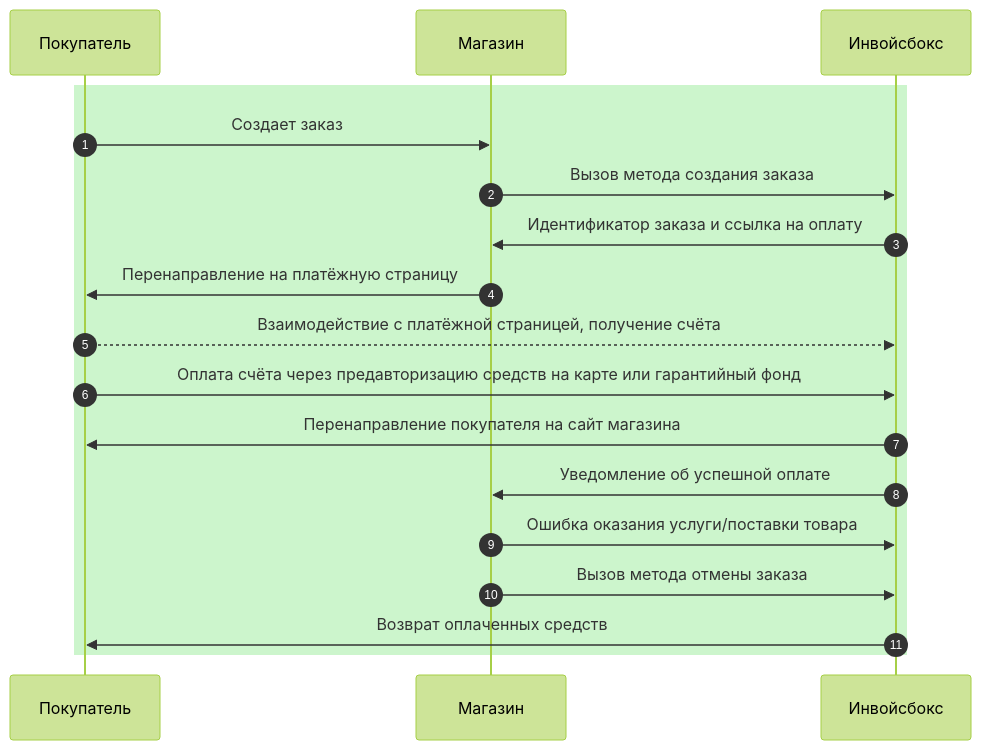
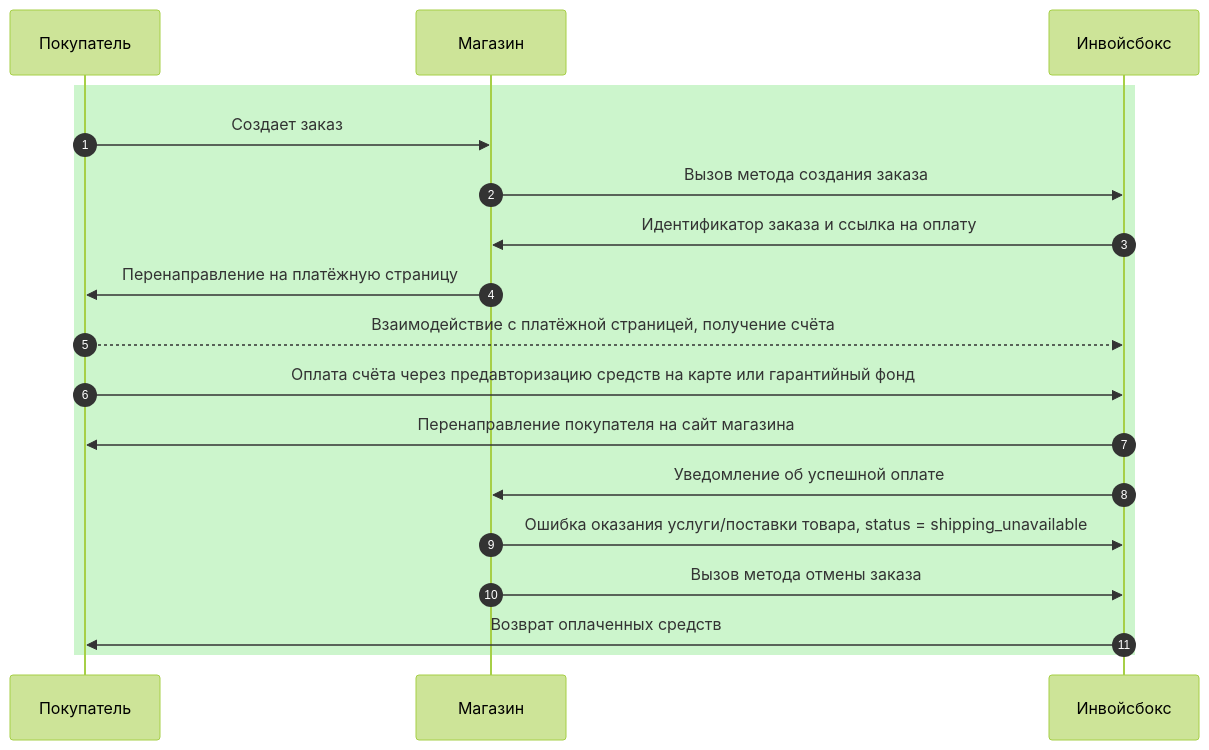
Before and after one commit to YIGRIKY/invoicebox-docs: the diagram in docs/merchant/order/delete.md, drawn with Mermaid (forest theme). The commit also changed other lines of this file and 1 other file, not shown here.

Commit message:
Add shipping_unavailable status

```diff
--- a/docs/merchant/order/delete.md
+++ b/docs/merchant/order/delete.md
@@ -42,20 +42,20 @@
 <div class="mermaid">
 sequenceDiagram
     autonumber
     participant Покупатель
     participant Магазин
     participant Инвойсбокс 
     rect rgb(204, 245, 204)
       Покупатель->>Магазин: Создает заказ
       Магазин->>Инвойсбокс: Вызов метода создания заказа
       Инвойсбокс->>Магазин: Идентификатор заказа и ссылка на оплату
       Магазин->>Покупатель: Перенаправление на платёжную страницу
       Покупатель-->>Инвойсбокс: Взаимодействие с платёжной страницей, получение счёта
       Покупатель->>Инвойсбокс: Оплата счёта через предавторизацию средств на карте или гарантийный фонд
       Инвойсбокс->>Покупатель: Перенаправление покупателя на сайт магазина
       Инвойсбокс->>Магазин: Уведомление об успешной оплате
-      Магазин->>Инвойсбокс: Ошибка оказания услуги/поставки товара
+      Магазин->>Инвойсбокс: Ошибка оказания услуги/поставки товара, status = shipping_unavailable
       Магазин->>Инвойсбокс: Вызов метода отмены заказа
       Инвойсбокс->>Покупатель: Возврат оплаченных средств
     end
 </div>
```
